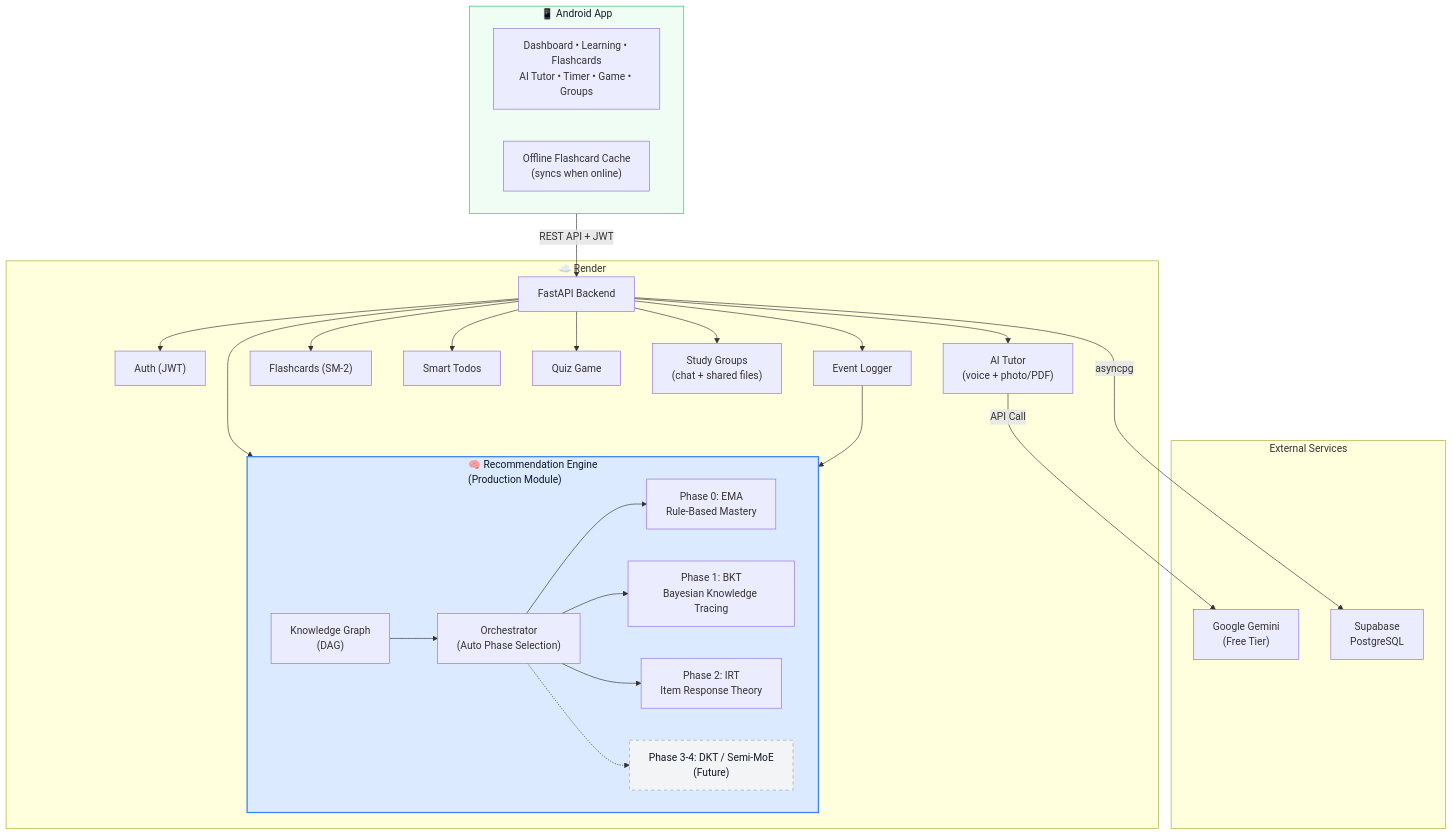
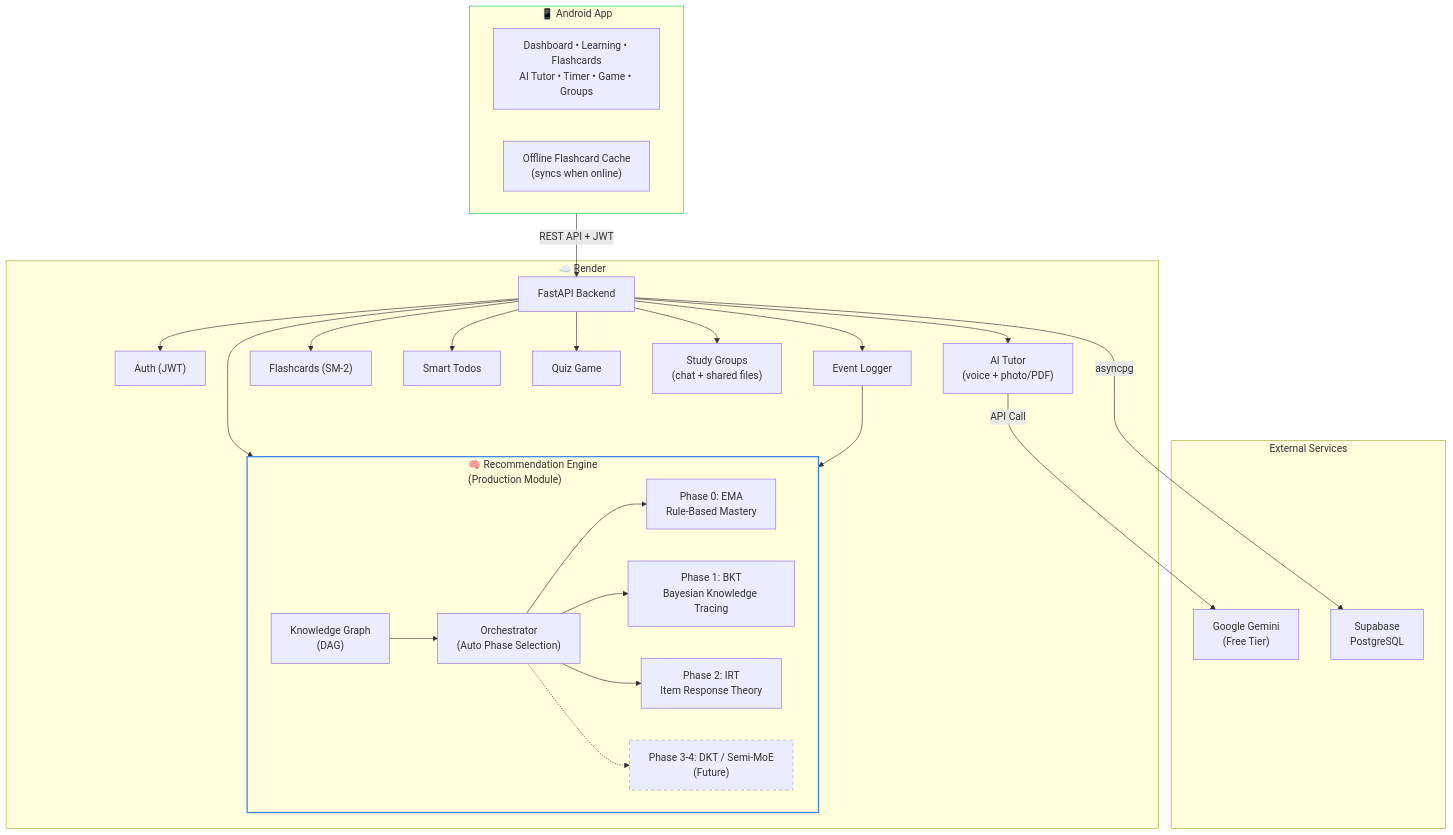
One commit to adarsh-67r/Anvesh changed the first of 5 diagrams in docs/diagrams.md. Above: the diagram before and after it, drawn with Mermaid. The commit also changed other lines of this file and 1 other file, not shown here.

Commit message:
Use theme-neutral diagram styles so labels and arrows show on GitHub

````diff
--- a/docs/diagrams.md
+++ b/docs/diagrams.md
@@ -9,53 +9,53 @@
 ```mermaid
 flowchart TB
     subgraph Client["📱 Android App"]
         FE["Dashboard • Learning • Flashcards<br/>AI Tutor • Timer • Game • Groups"]
         CACHE["Offline Flashcard Cache<br/>(syncs when online)"]
     end
 
     subgraph Render["☁️ Render"]
         API["FastAPI Backend"]
         subgraph RecEngine["🧠 Recommendation Engine<br/>(Production Module)"]
             KG["Knowledge Graph<br/>(DAG)"]
             ORC["Orchestrator<br/>(Auto Phase Selection)"]
             EMA["Phase 0: EMA<br/>Rule-Based Mastery"]
             BKT["Phase 1: BKT<br/>Bayesian Knowledge Tracing"]
             IRT["Phase 2: IRT<br/>Item Response Theory"]
             FUTURE["Phase 3-4: DKT / Semi-MoE<br/>(Future)"]
         end
         AUTH["Auth (JWT)"]
         CHAT["AI Tutor<br/>(voice + photo/PDF)"]
         FLASH["Flashcards (SM-2)"]
         TODOS["Smart Todos"]
         GAME["Quiz Game"]
         GROUPS["Study Groups<br/>(chat + shared files)"]
         EVENTS["Event Logger"]
     end
 
     subgraph External["External Services"]
         GEMINI["Google Gemini<br/>(Free Tier)"]
         SUPA["Supabase<br/>PostgreSQL"]
     end
 
     Client -->|REST API + JWT| API
     API --> RecEngine
     API --> AUTH
     API --> CHAT
     API --> FLASH
     API --> TODOS
     API --> GAME
     API --> GROUPS
     API --> EVENTS
     EVENTS --> RecEngine
     ORC --> EMA
     ORC --> BKT
     ORC --> IRT
     ORC -.-> FUTURE
     KG --> ORC
     CHAT -->|API Call| GEMINI
     API -->|asyncpg| SUPA
 
-    style RecEngine fill:#dbeafe,stroke:#3b82f6,stroke-width:2px,color:#111827
-    style FUTURE fill:#f3f4f6,stroke:#9ca3af,stroke-dasharray: 5 5,color:#111827
-    style Client fill:#f0fdf4,stroke:#22c55e,color:#111827
+    style RecEngine stroke:#3b82f6,stroke-width:2px
+    style FUTURE stroke:#9ca3af,stroke-dasharray: 5 5
+    style Client stroke:#22c55e
 ```
````
